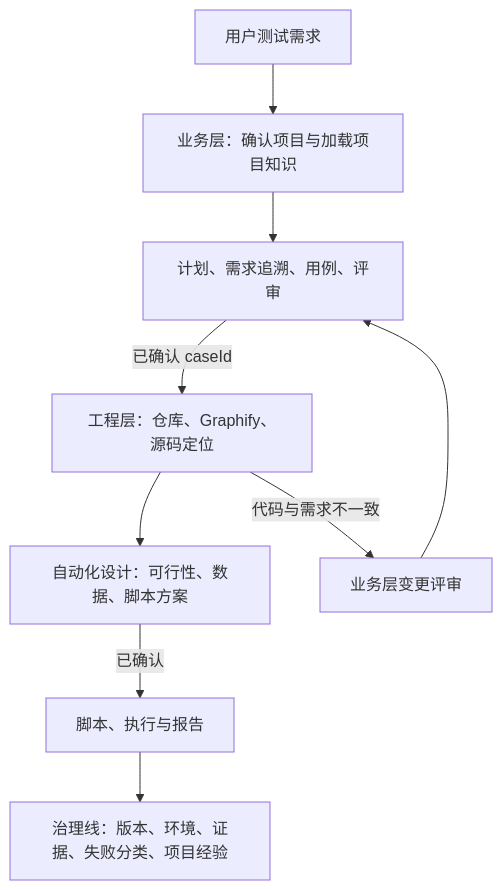
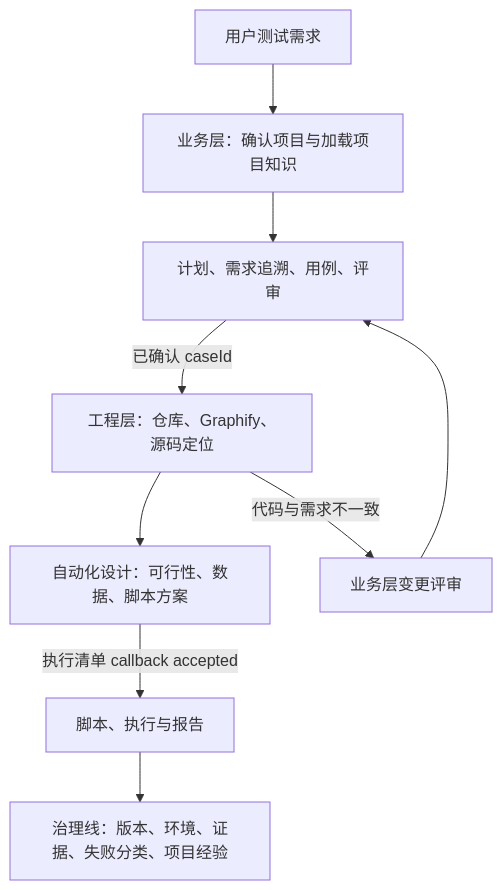
The diagram in docs/testing/automation-guideline.md (h1-count/automation-tests), drawn with Mermaid before and after one commit. The commit also changed other lines of this file and 19 other files, not shown here.

````diff
--- a/docs/testing/automation-guideline.md
+++ b/docs/testing/automation-guideline.md
@@ -141,11 +223,11 @@
 ```mermaid
 flowchart TD
     A[用户测试需求] --> B[业务层：确认项目与加载项目知识]
     B --> C[计划、需求追溯、用例、评审]
     C -->|已确认 caseId| D[工程层：仓库、Graphify、源码定位]
     D --> E[自动化设计：可行性、数据、脚本方案]
-    E -->|已确认| F[脚本、执行与报告]
+    E -->|执行清单 callback accepted| F[脚本、执行与报告]
     F --> G[治理线：版本、环境、证据、失败分类、项目经验]
     D -->|代码与需求不一致| H[业务层变更评审]
     H --> C
 ```
````
